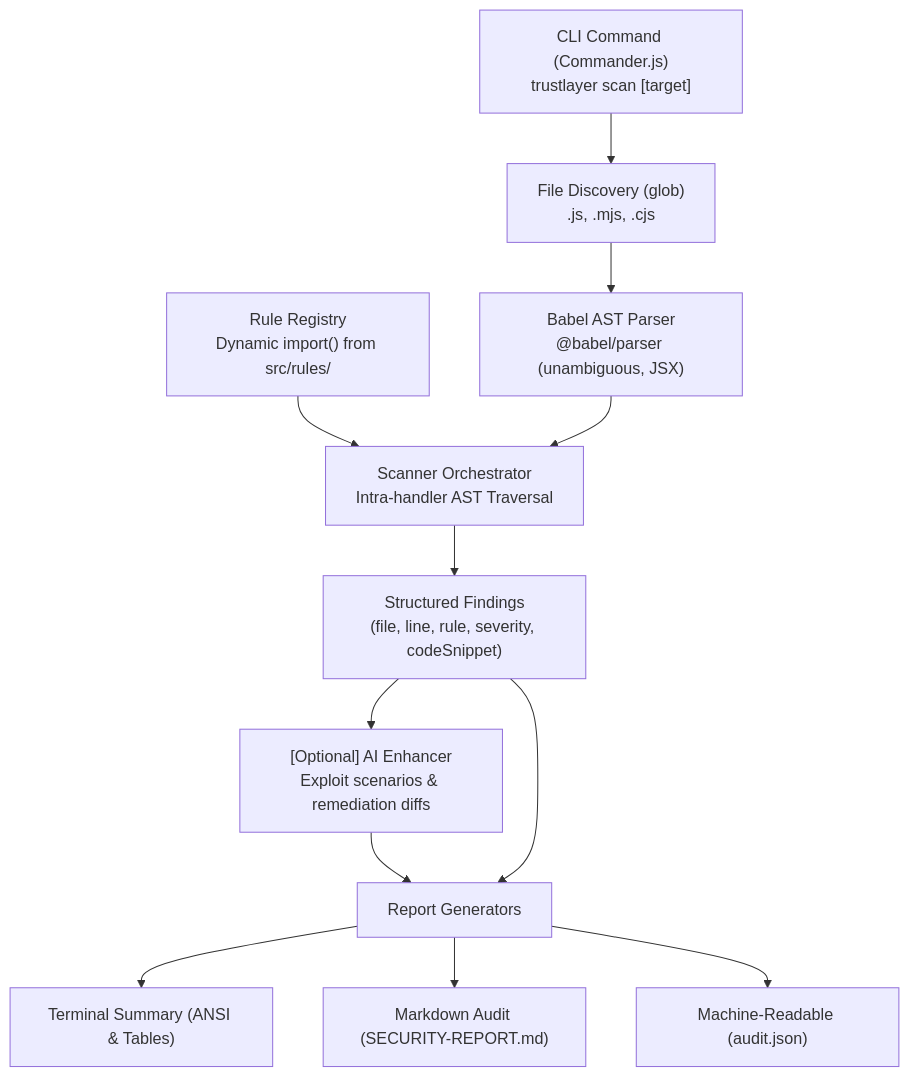
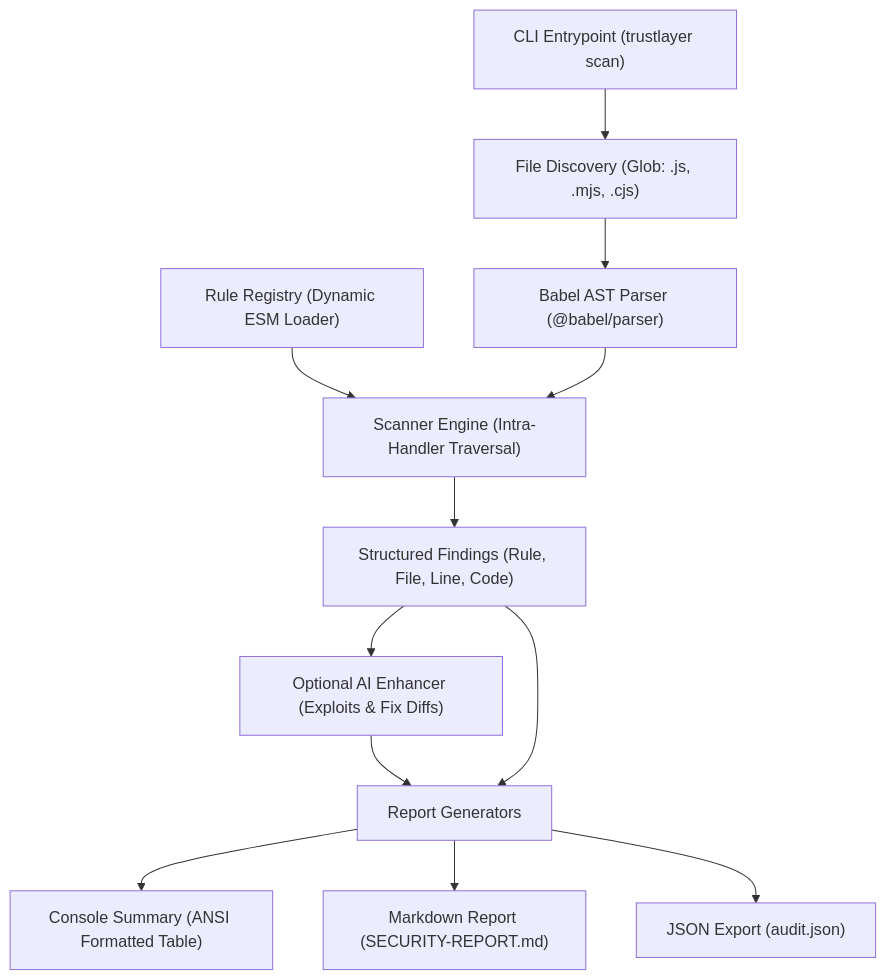
One commit to AyushSrivastav27/TrustLayer changed the diagram in README.md. Above: the diagram before and after it, drawn with Mermaid. The commit also changed 1 other file, not shown here.

Commit message:
chore: add ISC license and fix architecture mermaid diagram syntax

````diff
--- a/README.md
+++ b/README.md
@@ -45,14 +45,14 @@
 ```mermaid
-flowchart TD
-    CLI["CLI Command (Commander.js)<br/>trustlayer scan [target]"] --> Disc["File Discovery (glob)<br/>.js, .mjs, .cjs"]
-    Disc --> Parser["Babel AST Parser<br/>@babel/parser (unambiguous, JSX)"]
-    Registry["Rule Registry<br/>Dynamic import() from src/rules/"] --> Engine["Scanner Orchestrator<br/>Intra-handler AST Traversal"]
-    Parser --> Engine
-    Engine --> Findings["Structured Findings<br/>(file, line, rule, severity, codeSnippet)"]
-    Findings --> AI["[Optional] AI Enhancer<br/>Exploit scenarios & remediation diffs"]
-    AI --> Reporters["Report Generators"]
-    Findings --> Reporters
-    Reporters --> Console["Terminal Summary (ANSI & Tables)"]
-    Reporters --> Markdown["Markdown Audit (SECURITY-REPORT.md)"]
-    Reporters --> JSON["Machine-Readable (audit.json)"]
+graph TD
+    A["CLI Entrypoint (trustlayer scan)"] --> B["File Discovery (Glob: .js, .mjs, .cjs)"]
+    B --> C["Babel AST Parser (@babel/parser)"]
+    D["Rule Registry (Dynamic ESM Loader)"] --> E["Scanner Engine (Intra-Handler Traversal)"]
+    C --> E
+    E --> F["Structured Findings (Rule, File, Line, Code)"]
+    F --> G["Optional AI Enhancer (Exploits & Fix Diffs)"]
+    G --> H["Report Generators"]
+    F --> H
+    H --> I["Console Summary (ANSI Formatted Table)"]
+    H --> J["Markdown Report (SECURITY-REPORT.md)"]
+    H --> K["JSON Export (audit.json)"]
 ```
````
